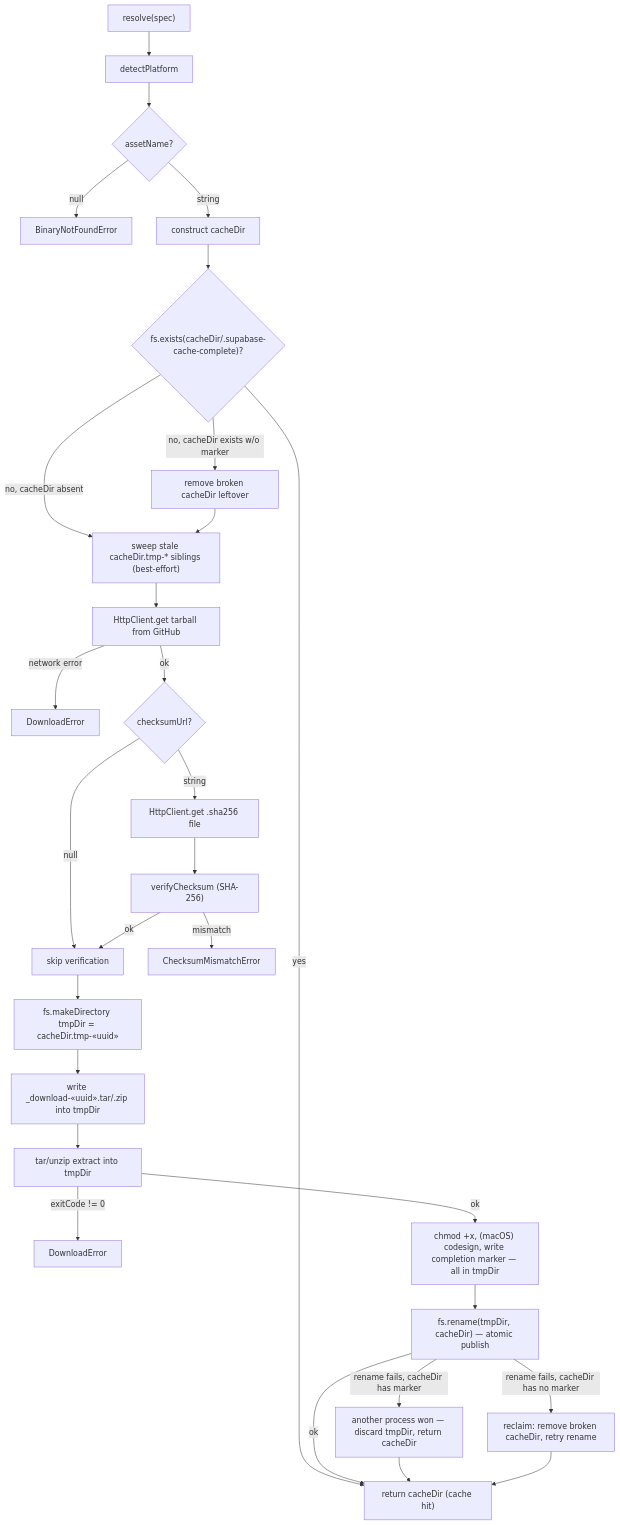
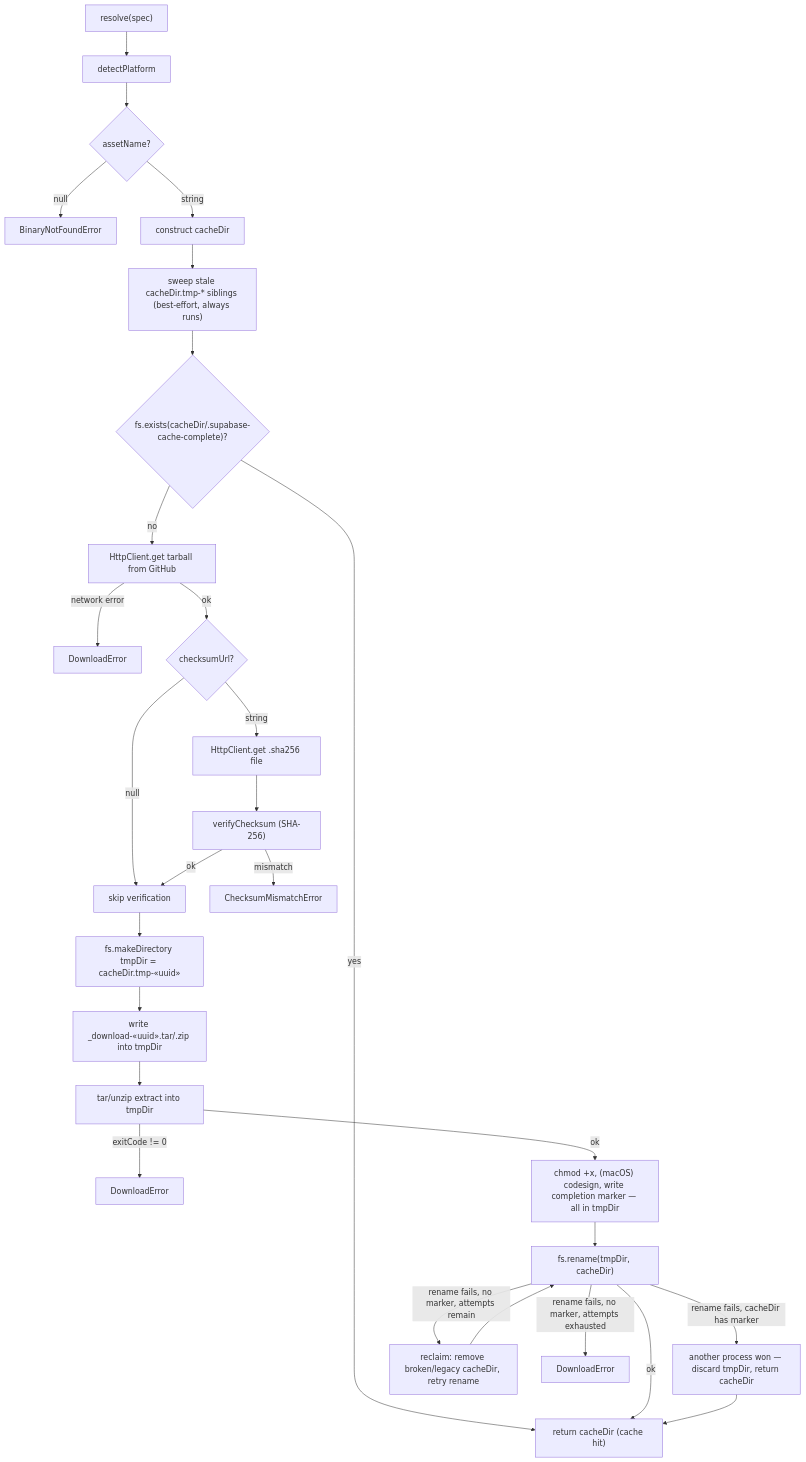
The fourth of 9 diagrams in packages/stack/docs/architecture.md (supabase/cli), drawn with Mermaid before and after one commit. The commit also changed other lines of this file and 2 other files, not shown here.

First paragraph of the commit message:
fix(stack): bound publish retries and stop destroying usable legacy caches (review: #6003)
Two correctness fixes from a fourth automated review pass, both on the
publish/cache-completeness logic added in prior rounds this PR:

````diff
--- a/packages/stack/docs/architecture.md
+++ b/packages/stack/docs/architecture.md
@@ -265,31 +265,30 @@
 ```mermaid
 flowchart TD
     A["resolve(spec)"] --> B["detectPlatform"]
     B --> C{"assetName?"}
     C -->|"null"| D["BinaryNotFoundError"]
     C -->|"string"| E["construct cacheDir"]
-    E --> F{"fs.exists(cacheDir/.supabase-cache-complete)?"}
+    E --> F2["sweep stale cacheDir.tmp-* siblings (best-effort, always runs)"]
+    F2 --> F{"fs.exists(cacheDir/.supabase-cache-complete)?"}
     F -->|"yes"| G["return cacheDir (cache hit)"]
-    F -->|"no, cacheDir exists w/o marker"| F1["remove broken cacheDir leftover"]
-    F -->|"no, cacheDir absent"| F2["sweep stale cacheDir.tmp-* siblings (best-effort)"]
-    F1 --> F2
-    F2 --> H["HttpClient.get tarball from GitHub"]
+    F -->|"no"| H["HttpClient.get tarball from GitHub"]
     H -->|"network error"| I["DownloadError"]
     H -->|"ok"| J{"checksumUrl?"}
     J -->|"null"| L["skip verification"]
     J -->|"string"| K["HttpClient.get .sha256 file"]
     K --> M["verifyChecksum (SHA-256)"]
     M -->|"mismatch"| N["ChecksumMismatchError"]
     M -->|"ok"| L
     L --> O["fs.makeDirectory tmpDir = cacheDir.tmp-«uuid»"]
     O --> P["write _download-«uuid».tar/.zip into tmpDir"]
     P --> Q["tar/unzip extract into tmpDir"]
     Q -->|"exitCode != 0"| R["DownloadError"]
     Q -->|"ok"| T["chmod +x, (macOS) codesign, write completion marker — all in tmpDir"]
-    T --> U["fs.rename(tmpDir, cacheDir) — atomic publish"]
+    T --> U["fs.rename(tmpDir, cacheDir)"]
     U -->|"ok"| G
     U -->|"rename fails, cacheDir has marker"| V["another process won — discard tmpDir, return cacheDir"]
-    U -->|"rename fails, cacheDir has no marker"| W["reclaim: remove broken cacheDir, retry rename"]
+    U -->|"rename fails, no marker, attempts remain"| W["reclaim: remove broken/legacy cacheDir, retry rename"]
+    U -->|"rename fails, no marker, attempts exhausted"| X["DownloadError"]
+    W --> U
     V --> G
-    W --> G
 ```
````
